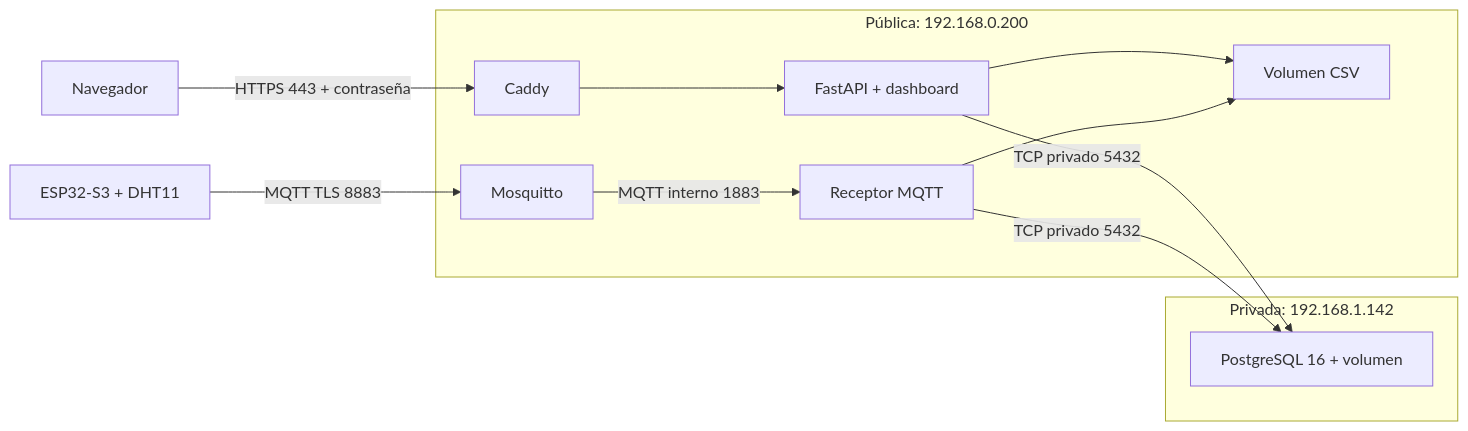
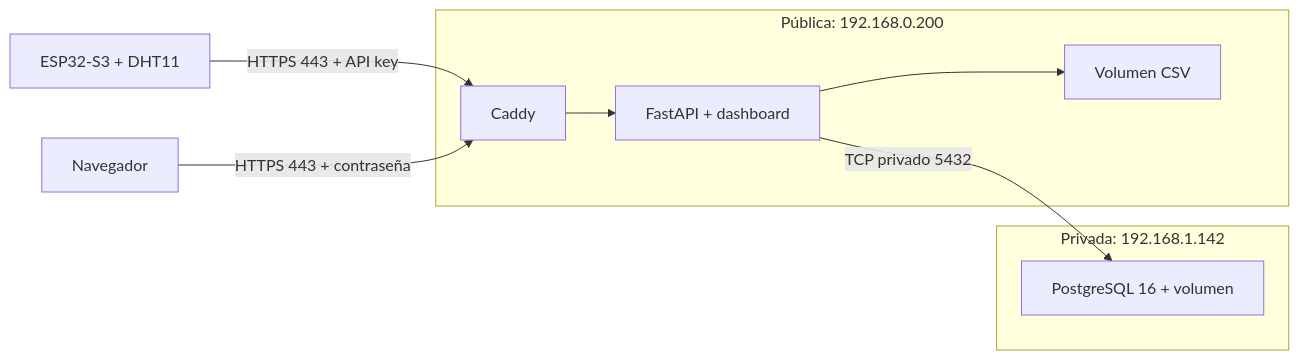
The diagram in deploy/aws-app/README.md (didcasva/Actividad_1_IoT_IA), drawn with Mermaid before and after one commit. The commit also changed other lines of this file and 31 other files, not shown here.

````diff
--- a/deploy/aws-app/README.md
+++ b/deploy/aws-app/README.md
@@ -7,16 +7,13 @@
 ```mermaid
 flowchart LR
-  ESP[ESP32-S3 + DHT11] -->|MQTT TLS 8883| Broker
+  ESP[ESP32-S3 + DHT11] -->|HTTPS 443 + API key| Caddy
   Navegador -->|HTTPS 443 + contraseña| Caddy
   subgraph Pública: 192.168.0.200
-    Broker[Mosquitto] -->|MQTT interno 1883| Worker[Receptor MQTT]
     Caddy --> API[FastAPI + dashboard]
     API --> CSV[Volumen CSV]
-    Worker --> CSV
   end
   API -->|TCP privado 5432| DB
-  Worker -->|TCP privado 5432| DB
   subgraph Privada: 192.168.1.142
     DB[PostgreSQL 16 + volumen]
   end
 ```
````
